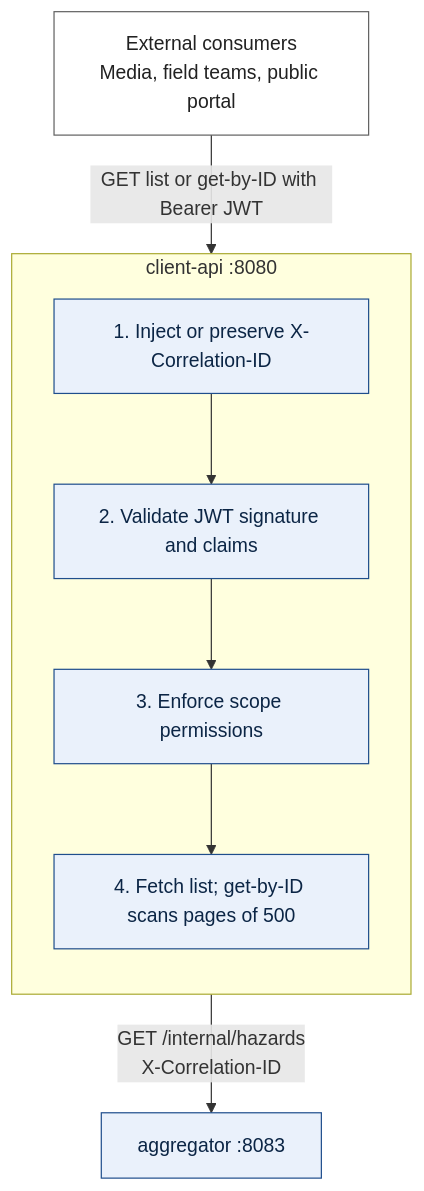
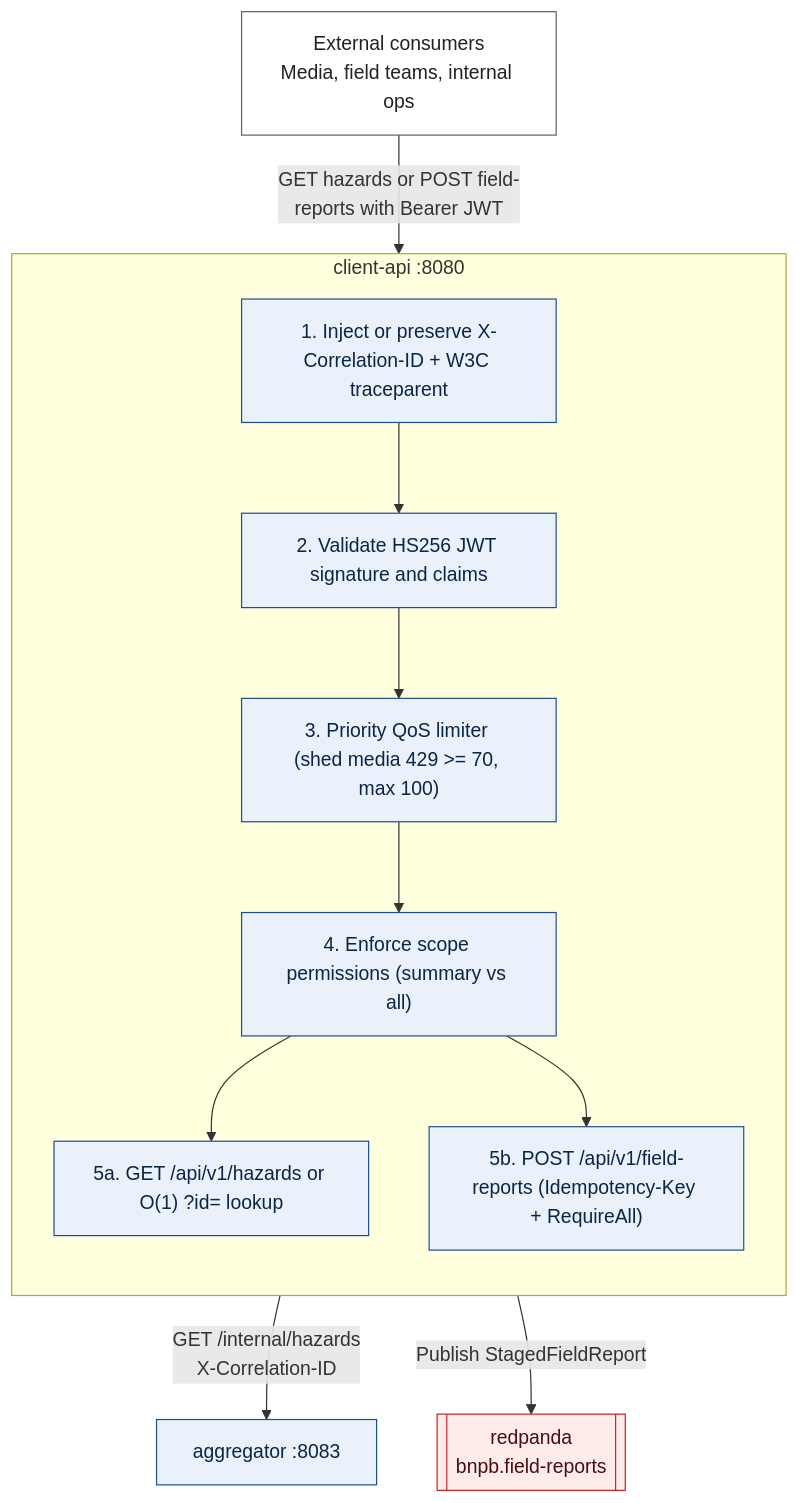
Before and after one commit to Darsua/AAT: the diagram in docs/diagrams/clientapi-gateway.mmd, drawn with Mermaid. The commit also changed 28 other files, not shown here.

Commit message:
docs: reconcile evidence summaries, ADRs, architecture diagrams, and runbooks (#22, #23, #24, #25, #31, #35, #36)

```diff
--- a/docs/diagrams/clientapi-gateway.mmd
+++ b/docs/diagrams/clientapi-gateway.mmd
@@ -1,22 +1,28 @@
 flowchart TD
-    EXT["External consumers<br/>Media, field teams, public portal"]:::actor
+    EXT["External consumers<br/>Media, field teams, internal ops"]:::actor
     subgraph GW["client-api :8080"]
         direction TB
-        S1["1. Inject or preserve X-Correlation-ID"]:::svc
-        S2["2. Validate JWT signature and claims"]:::svc
-        S3["3. Enforce scope permissions"]:::svc
-        S4["4. Fetch list; get-by-ID scans pages of 500"]:::svc
+        S1["1. Inject or preserve X-Correlation-ID + W3C traceparent"]:::svc
+        S2["2. Validate HS256 JWT signature and claims"]:::svc
+        S3["3. Priority QoS limiter (shed media 429 >= 70, max 100)"]:::svc
+        S4["4. Enforce scope permissions (summary vs all)"]:::svc
+        S5["5a. GET /api/v1/hazards or O(1) ?id= lookup"]:::svc
+        S6["5b. POST /api/v1/field-reports (Idempotency-Key + RequireAll)"]:::svc
         S1 --> S2 --> S3 --> S4
+        S4 --> S5
+        S4 --> S6
     end
     AGG["aggregator :8083"]:::svc
+    RP[["redpanda<br/>bnpb.field-reports"]]:::broker
 
-    EXT -->|"GET list or get-by-ID with Bearer JWT"| S1
-    S4 -->|"GET /internal/hazards<br/>X-Correlation-ID"| AGG
+    EXT -->|"GET hazards or POST field-reports with Bearer JWT"| S1
+    S5 -->|"GET /internal/hazards<br/>X-Correlation-ID"| AGG
+    S6 -->|"Publish StagedFieldReport"| RP
 
     classDef svc fill:#eaf1fb,stroke:#1f4e8c,color:#0b2545
     classDef store fill:#e8f5e9,stroke:#2e7d32,color:#10300f
     classDef broker fill:#fdecea,stroke:#c62828,color:#4a0d0d
     classDef ext fill:#fff3e0,stroke:#ef6c00,color:#4a2600
     classDef cons fill:#f3e5f5,stroke:#6a1b9a,color:#2a0a3a
     classDef actor fill:#ffffff,stroke:#616161,color:#212121
     classDef plan fill:#f5f5f5,stroke:#9e9e9e,stroke-dasharray:4 3,color:#424242
```
